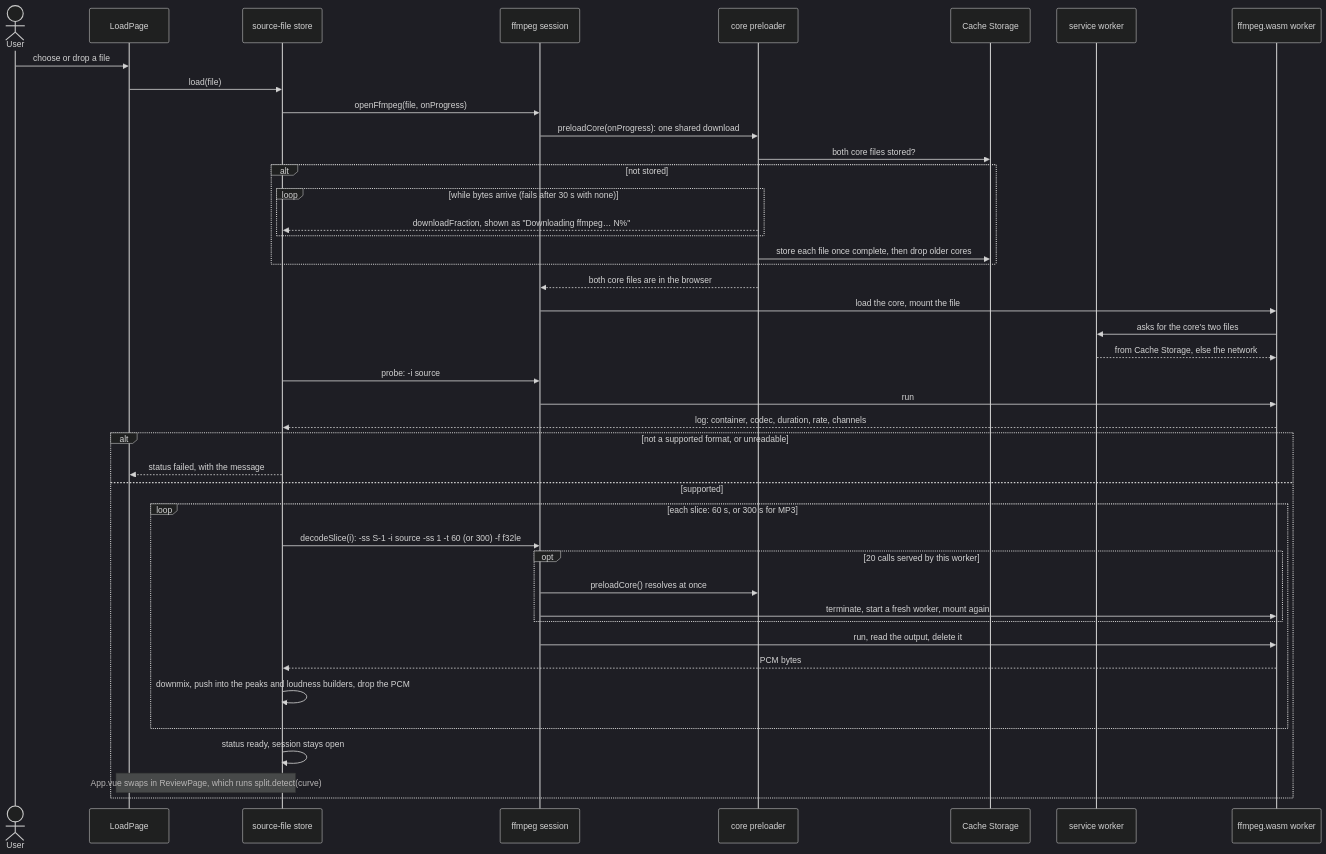
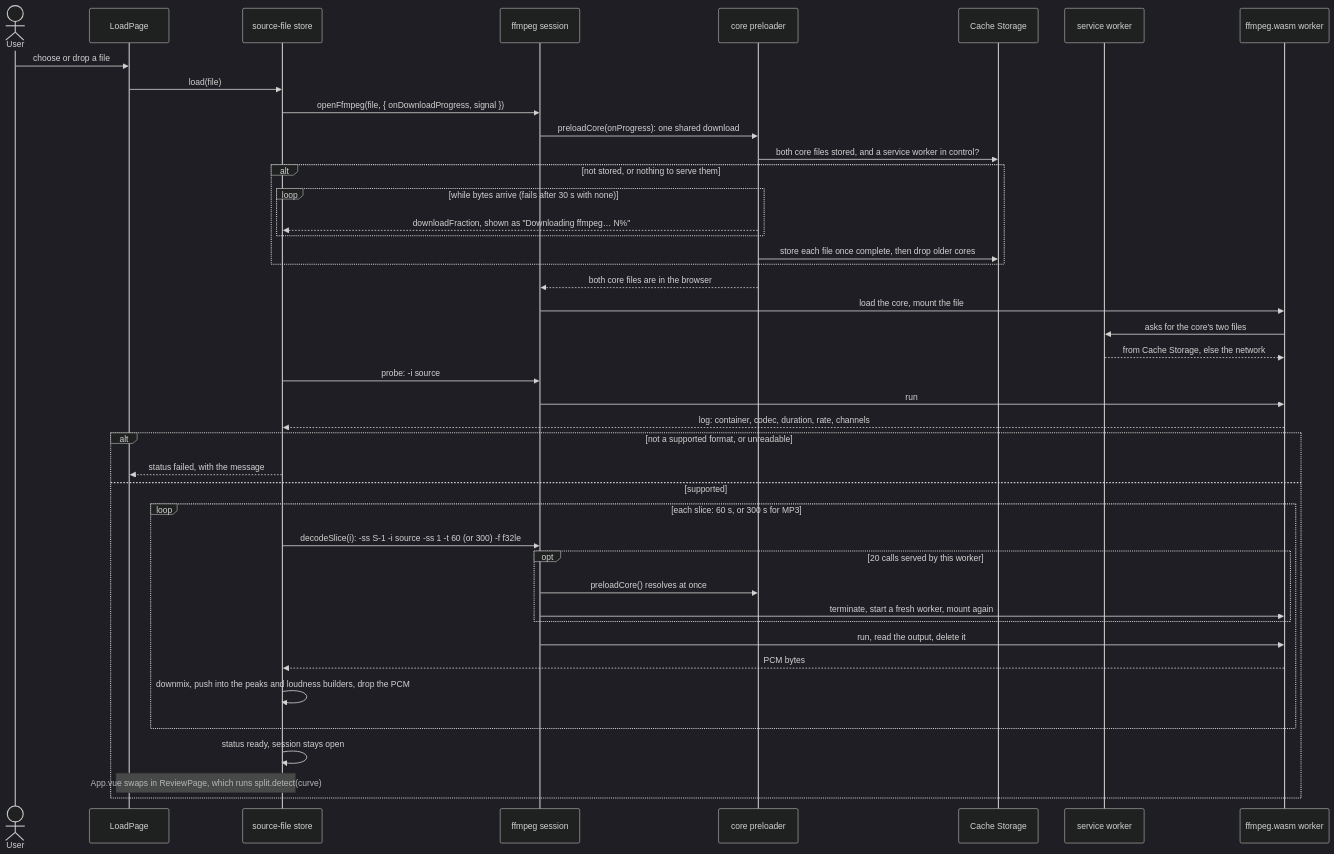
The second of 9 diagrams in docs/architecture.md (suleymanyaryev/audio-splitter), drawn with Mermaid (dark theme) before and after one commit. The commit also changed other lines of this file and 14 other files, not shown here.

````diff
--- a/docs/architecture.md
+++ b/docs/architecture.md
@@ -77,46 +77,46 @@
 ```mermaid
 sequenceDiagram
   actor User
   participant page as LoadPage
   participant store as source-file store
   participant session as ffmpeg session
   participant preloader as core preloader
   participant cache as Cache Storage
   participant sw as service worker
   participant worker as ffmpeg.wasm worker
 
   User->>page: choose or drop a file
   page->>store: load(file)
-  store->>session: openFfmpeg(file, onProgress)
+  store->>session: openFfmpeg(file, { onDownloadProgress, signal })
   session->>preloader: preloadCore(onProgress): one shared download
-  preloader->>cache: both core files stored?
-  alt not stored
+  preloader->>cache: both core files stored, and a service worker in control?
+  alt not stored, or nothing to serve them
     loop while bytes arrive (fails after 30 s with none)
       preloader-->>store: downloadFraction, shown as "Downloading ffmpeg… N%"
     end
     preloader->>cache: store each file once complete, then drop older cores
   end
   preloader-->>session: both core files are in the browser
   session->>worker: load the core, mount the file
   worker->>sw: asks for the core's two files
   sw-->>worker: from Cache Storage, else the network
   store->>session: probe: -i source
   session->>worker: run
   worker-->>store: log: container, codec, duration, rate, channels
   alt not a supported format, or unreadable
     store-->>page: status failed, with the message
   else supported
     loop each slice: 60 s, or 300 s for MP3
       store->>session: decodeSlice(i): -ss S-1 -i source -ss 1 -t 60 (or 300) -f f32le
       opt 20 calls served by this worker
         session->>preloader: preloadCore() resolves at once
         session->>worker: terminate, start a fresh worker, mount again
       end
       session->>worker: run, read the output, delete it
       worker-->>store: PCM bytes
       store->>store: downmix, push into the peaks and loudness builders, drop the PCM
     end
     store->>store: status ready, session stays open
     Note over page,store: App.vue swaps in ReviewPage, which runs split.detect(curve)
   end
 ```
````
